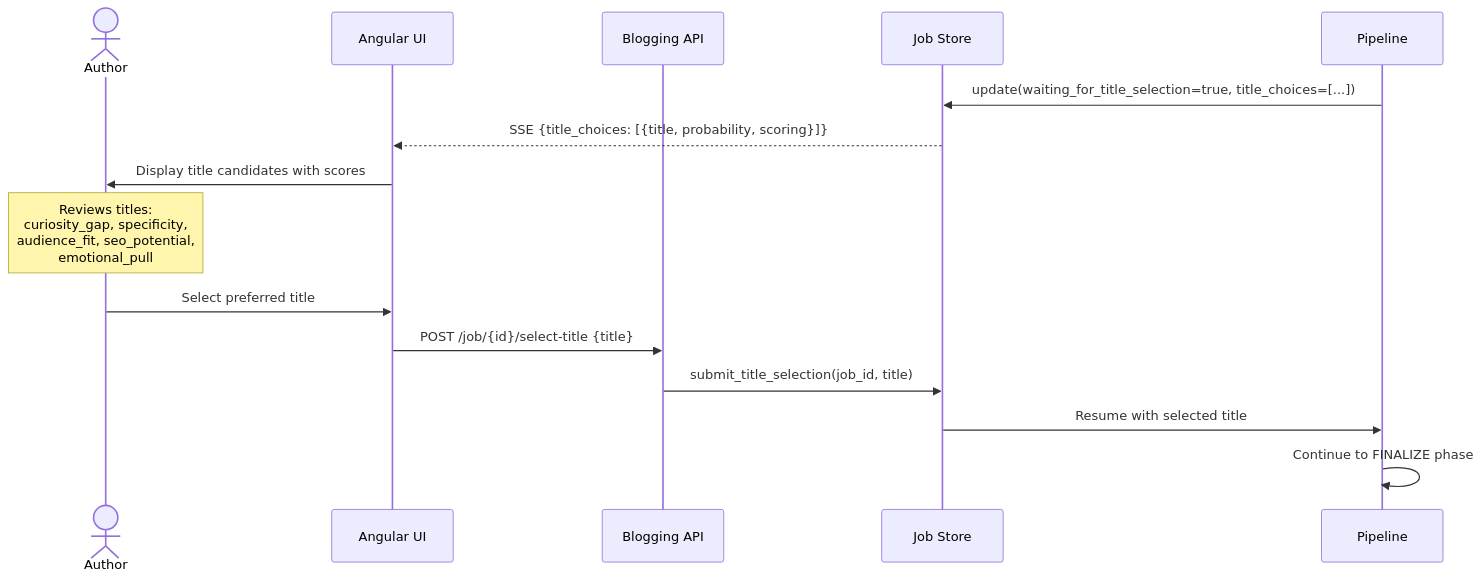
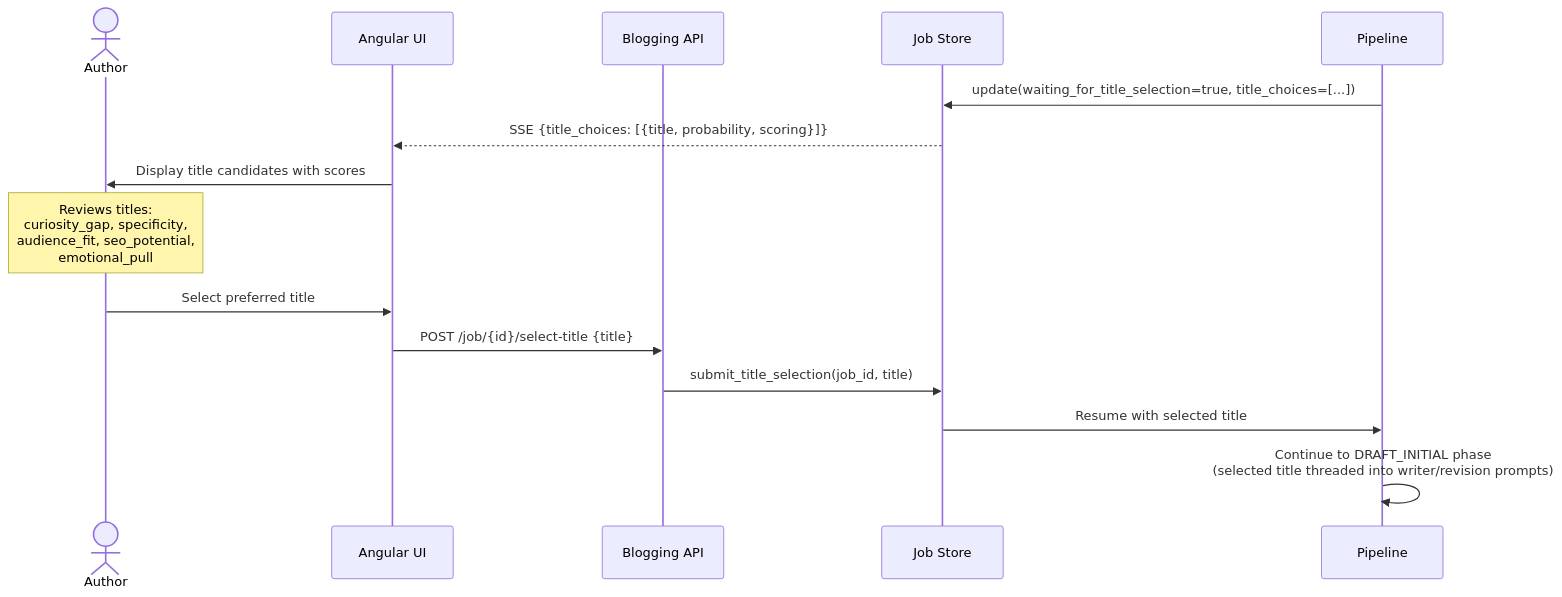
The third of 9 diagrams in backend/agents/blogging/system_design/Use_Cases.md (brandonkindred/Khala-Agentic-AI-Teams), drawn with Mermaid before and after one commit. The commit also changed other lines of this file and 9 other files, not shown here.

````diff
--- a/backend/agents/blogging/system_design/Use_Cases.md
+++ b/backend/agents/blogging/system_design/Use_Cases.md
@@ -193,20 +194,20 @@
 ```mermaid
 sequenceDiagram
     actor Author
     participant UI as Angular UI
     participant API as Blogging API
     participant JS as Job Store
     participant Pipeline as Pipeline
 
     Pipeline->>JS: update(waiting_for_title_selection=true, title_choices=[...])
     JS-->>UI: SSE {title_choices: [{title, probability, scoring}]}
     UI->>Author: Display title candidates with scores
 
     Note over Author: Reviews titles:<br/>curiosity_gap, specificity,<br/>audience_fit, seo_potential,<br/>emotional_pull
 
     Author->>UI: Select preferred title
     UI->>API: POST /job/{id}/select-title {title}
     API->>JS: submit_title_selection(job_id, title)
     JS->>Pipeline: Resume with selected title
-    Pipeline->>Pipeline: Continue to FINALIZE phase
+    Pipeline->>Pipeline: Continue to DRAFT_INITIAL phase<br/>(selected title threaded into writer/revision prompts)
 ```
````
